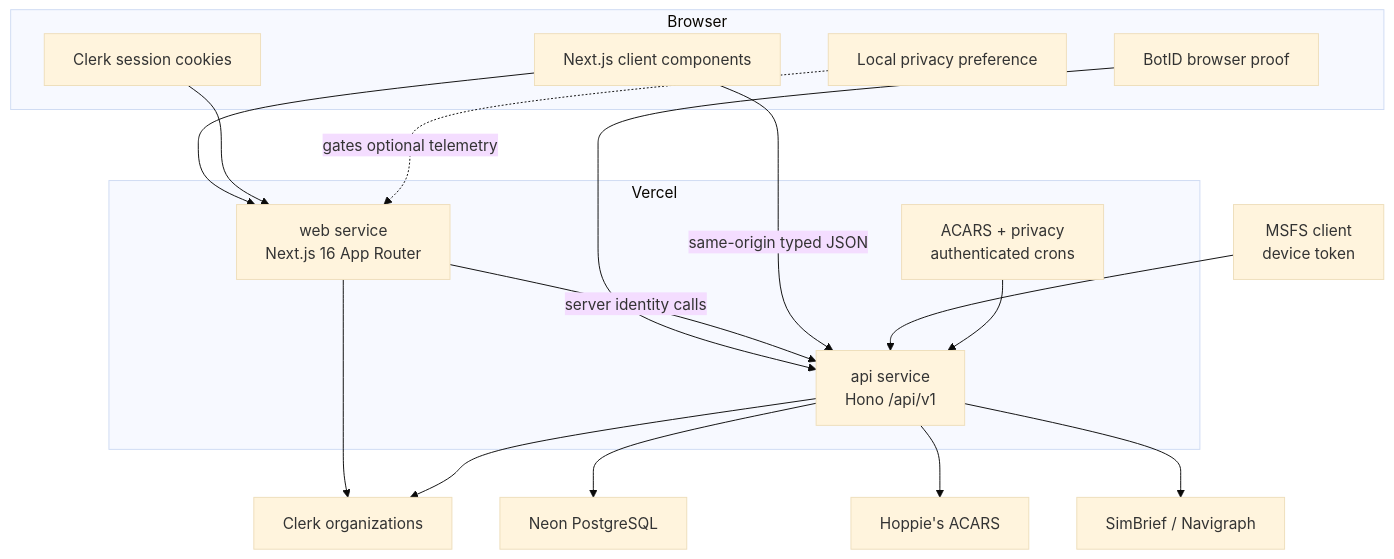
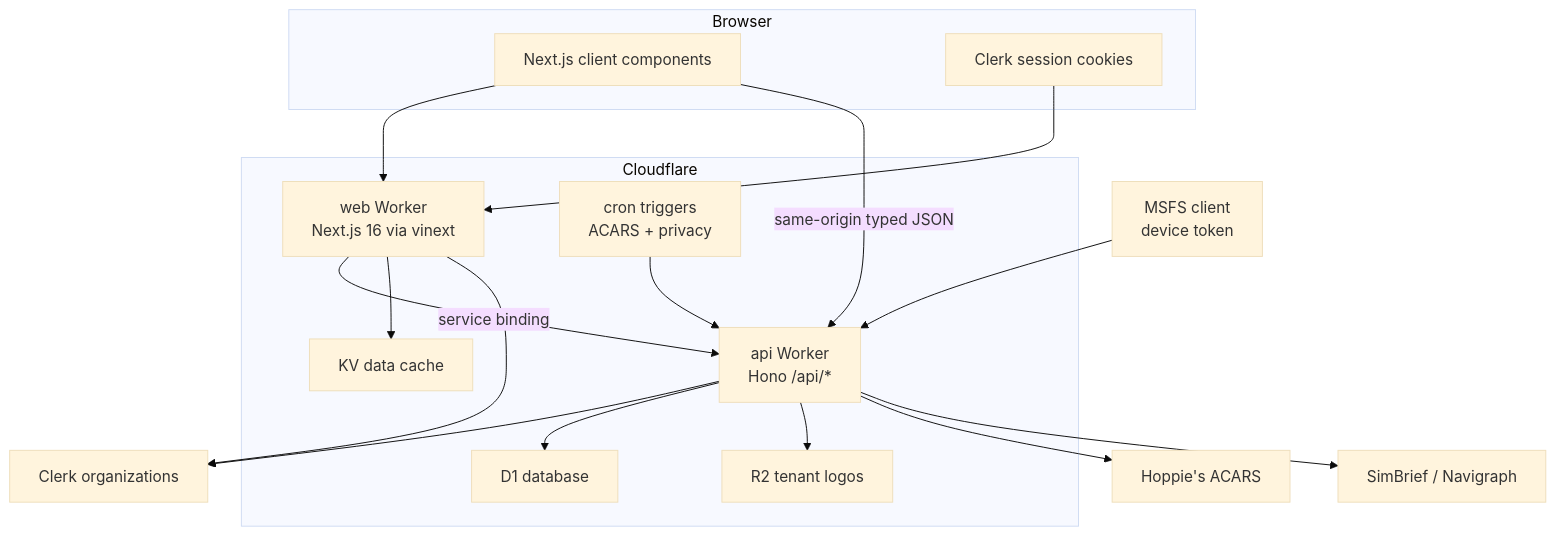
The first of 2 diagrams in wiki/Architecture.md (shiftbloom-studio/va-dispatcher), drawn with Mermaid (base theme) before and after one commit. The commit also changed other lines of this file and 37 other files, not shown here.

````diff
--- a/wiki/Architecture.md
+++ b/wiki/Architecture.md
@@ -18,35 +17,35 @@
 ```mermaid
 flowchart TB
     subgraph Browser
       UI["Next.js client components"]
       CK["Clerk session cookies"]
-      BT["BotID browser proof"]
-      PP["Local privacy preference"]
     end
 
-    subgraph Vercel
-      WEB["web service<br/>Next.js 16 App Router"]
-      API["api service<br/>Hono /api/v1"]
-      CRON["ACARS + privacy<br/>authenticated crons"]
+    subgraph Cloudflare
+      WEB["web Worker<br/>Next.js 16 via vinext"]
+      API["api Worker<br/>Hono /api/*"]
+      CRON["cron triggers<br/>ACARS + privacy"]
+      KV["KV data cache"]
+      R2["R2 tenant logos"]
+      DB["D1 database"]
     end
 
     CLERK["Clerk organizations"]
-    DB["Neon PostgreSQL"]
     HOPPIE["Hoppie's ACARS"]
     SIMBRIEF["SimBrief / Navigraph"]
     MSFS["MSFS client<br/>device token"]
 
     UI --> WEB
     CK --> WEB
-    BT --> API
-    WEB -->|"server identity calls"| API
+    WEB -->|"service binding"| API
+    WEB --> KV
     UI -->|"same-origin typed JSON"| API
     WEB --> CLERK
     API --> CLERK
     API --> DB
+    API --> R2
     API --> HOPPIE
     API --> SIMBRIEF
     MSFS --> API
     CRON --> API
-    PP -. "gates optional telemetry" .-> WEB
 ```
````
